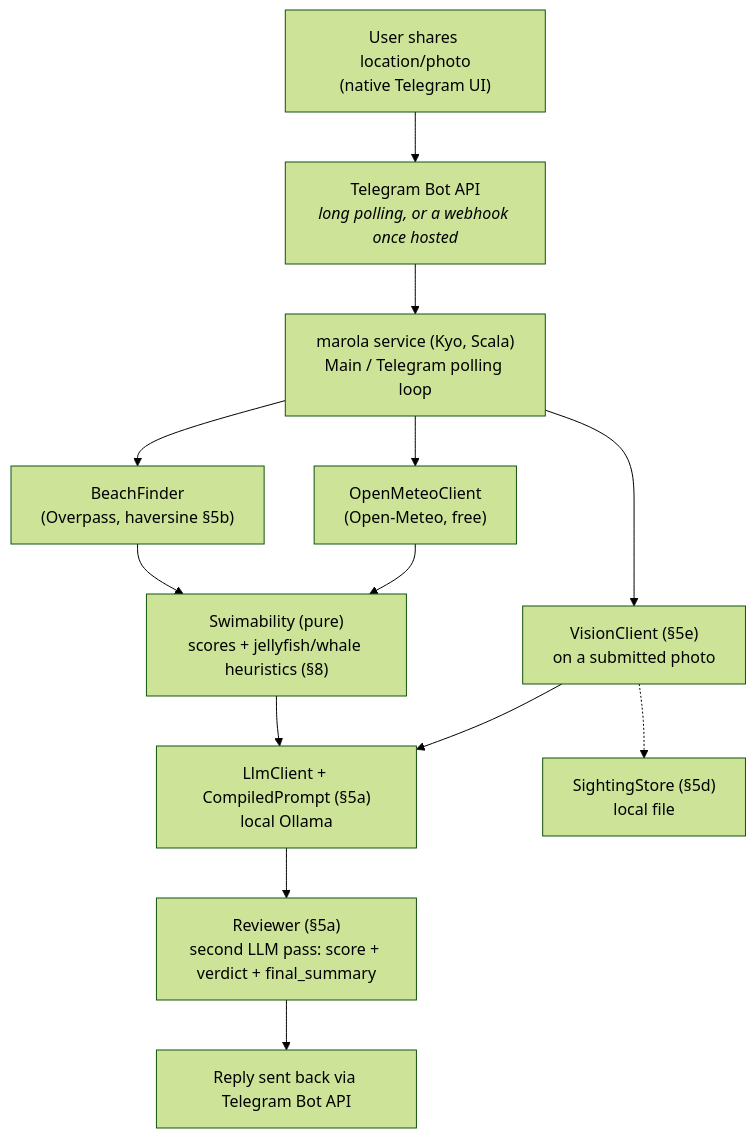
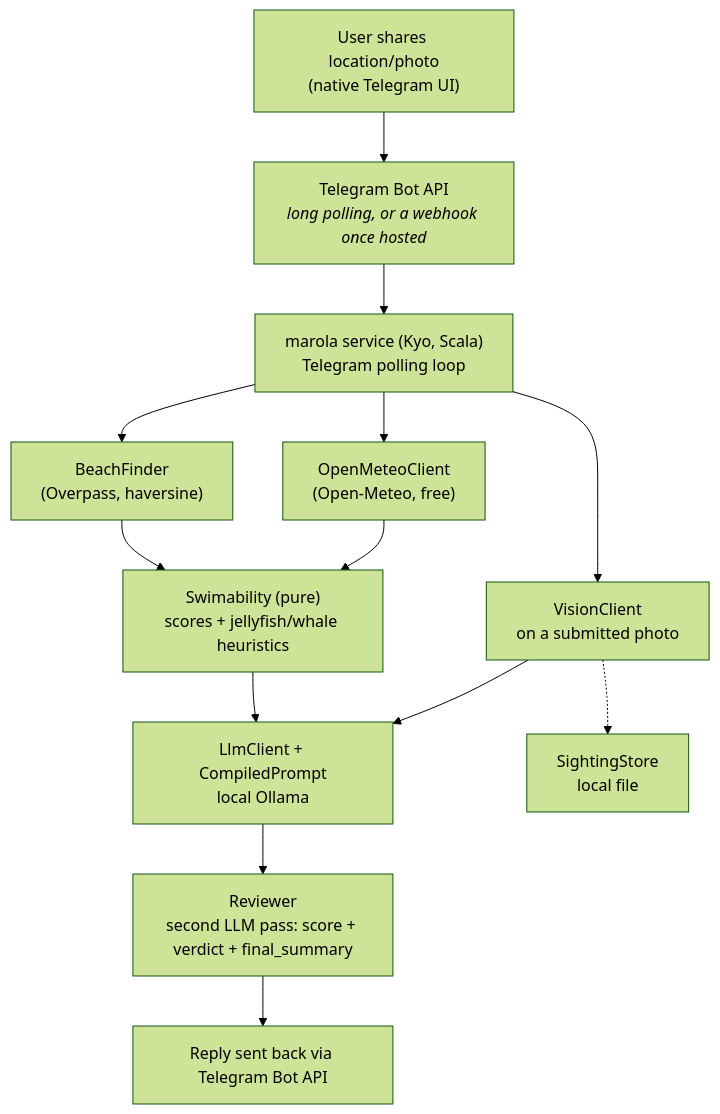
Before and after one commit to marola-dev/marola: the second of 2 diagrams in docs/2-Building-marola/ARCHITECTURE.md, drawn with Mermaid (forest theme). The commit also changed other lines of this file and 11 other files, not shown here.

````diff
--- a/docs/2-Building-marola/ARCHITECTURE.md
+++ b/docs/2-Building-marola/ARCHITECTURE.md
@@ -256,15 +124,15 @@
 ```mermaid
 flowchart TD
     User["User shares location/photo<br/>(native Telegram UI)"] --> Bot["Telegram Bot API<br/><i>long polling, or a webhook once hosted</i>"]
-    Bot --> Service["marola service (Kyo, Scala)<br/>Main / Telegram polling loop"]
-    Service --> Beaches["BeachFinder<br/>(Overpass, haversine §5b)"]
+    Bot --> Service["marola service (Kyo, Scala)<br/>Telegram polling loop"]
+    Service --> Beaches["BeachFinder<br/>(Overpass, haversine)"]
     Service --> Weather["OpenMeteoClient<br/>(Open-Meteo, free)"]
-    Service --> Vision["VisionClient (§5e)<br/>on a submitted photo"]
-    Beaches --> Scoring["Swimability (pure)<br/>scores + jellyfish/whale heuristics (§8)"]
+    Service --> Vision["VisionClient<br/>on a submitted photo"]
+    Beaches --> Scoring["Swimability (pure)<br/>scores + jellyfish/whale heuristics"]
     Weather --> Scoring
-    Scoring --> Llm["LlmClient + CompiledPrompt (§5a)<br/>local Ollama"]
+    Scoring --> Llm["LlmClient + CompiledPrompt<br/>local Ollama"]
     Vision --> Llm
-    Llm --> Reviewer["Reviewer (§5a)<br/>second LLM pass: score + verdict + final_summary"]
+    Llm --> Reviewer["Reviewer<br/>second LLM pass: score + verdict + final_summary"]
     Reviewer --> Reply["Reply sent back via Telegram Bot API"]
-    Vision -.-> Sightings["SightingStore (§5d)<br/>local file"]
+    Vision -.-> Sightings["SightingStore<br/>local file"]
 ```
````
